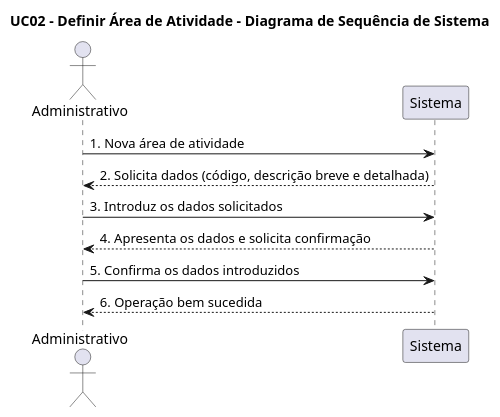
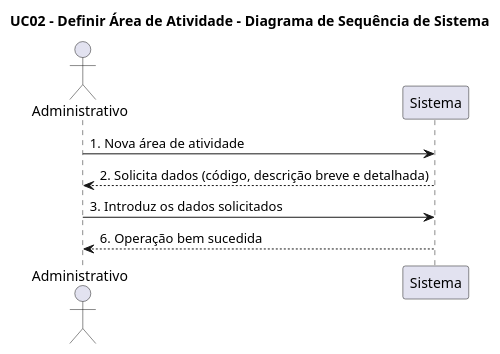
The diagram in Documentação/Sprint 2/UC02_Definir_Area_Atividade/UC02_Definir_Area_Atividade_SSD.puml (blestonbandeiraUPSKILL/upskill_java1_labprg_grupo2), drawn with PlantUML before and after one commit. The commit also changed 7 other files, not shown here.

```diff
--- a/Documentação/Sprint 2/UC02_Definir_Area_Atividade/UC02_Definir_Area_Atividade_SSD.puml
+++ b/Documentação/Sprint 2/UC02_Definir_Area_Atividade/UC02_Definir_Area_Atividade_SSD.puml
@@ -1,15 +1,12 @@
 @startuml
 title UC02 - Definir Área de Atividade - Diagrama de Sequência de Sistema
 
 Actor Administrativo
 
 Administrativo -> Sistema: 1. Nova área de atividade
 Sistema --> Administrativo: 2. Solicita dados (código, descrição breve e detalhada)
 
 Administrativo -> Sistema: 3. Introduz os dados solicitados
-Sistema --> Administrativo: 4. Apresenta os dados e solicita confirmação
-
-Administrativo -> Sistema: 5. Confirma os dados introduzidos
 Sistema --> Administrativo: 6. Operação bem sucedida
 
 @enduml
```
